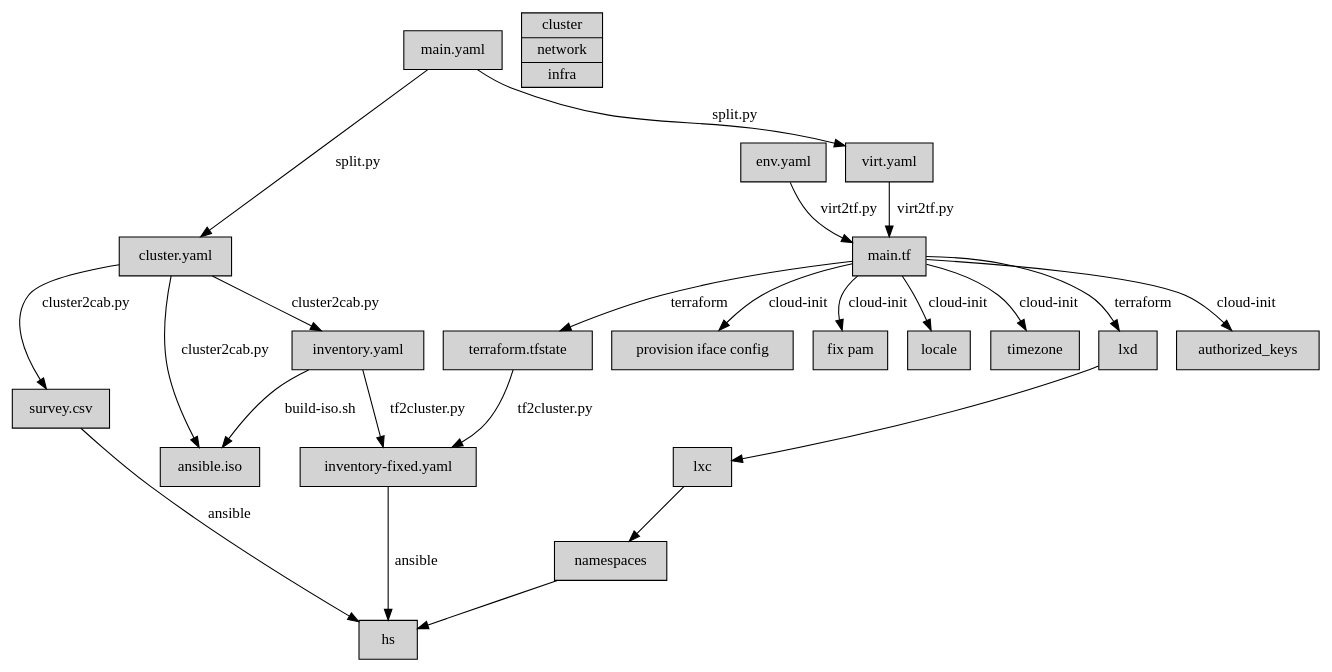
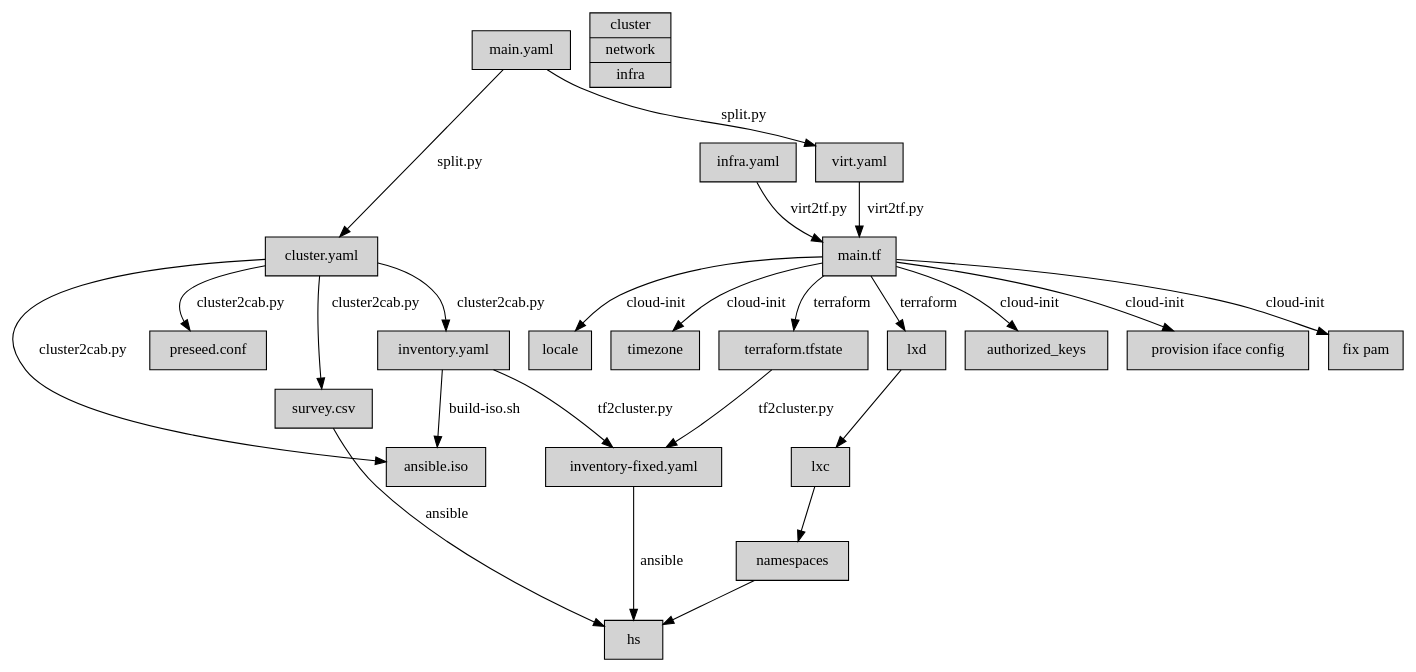
One commit to jmfrank63/cloudian-ansible-baremetal changed the diagram in cc.dot. Above: the diagram before and after it, drawn with Graphviz.

```diff
--- a/cc.dot
+++ b/cc.dot
@@ -1,19 +1,19 @@
 digraph G {
     node [ shape=box, style=filled ];
 
     "main.yaml" -> { "cluster.yaml" "virt.yaml" } [ label = "split.py" ]
 
-    "cluster.yaml" -> { "inventory.yaml" "survey.csv"  "ansible.iso" }[ label = "cluster2cab.py" ]
+    "cluster.yaml" -> { "inventory.yaml" "survey.csv" "preseed.conf" "ansible.iso" }[ label = "cluster2cab.py" ]
     "inventory.yaml" -> "ansible.iso" [ label = "build-iso.sh" ]
 
-    { "virt.yaml" "env.yaml" } -> "main.tf" [ label = "virt2tf.py" ]
+    { "virt.yaml" "infra.yaml" } -> "main.tf" [ label = "virt2tf.py" ]
     "main.tf" -> { "lxd" "terraform.tfstate" } [ label = "terraform" ]
     { "inventory.yaml" "terraform.tfstate" } -> "inventory-fixed.yaml" [ label = "tf2cluster.py" ]
     "main.tf" -> { "authorized_keys" "provision iface config" "fix pam" "locale" "timezone" } [ label = "cloud-init" ]
     { "inventory-fixed.yaml" "survey.csv" } -> "hs" [ label = "ansible" ]
     "lxd" -> "lxc"
     "lxc" -> "namespaces"
     "namespaces" -> "hs"
 
     "stack" [ shape=record, rankdir="TB", label = "{cluster|network|infra}" ]
 }
```
